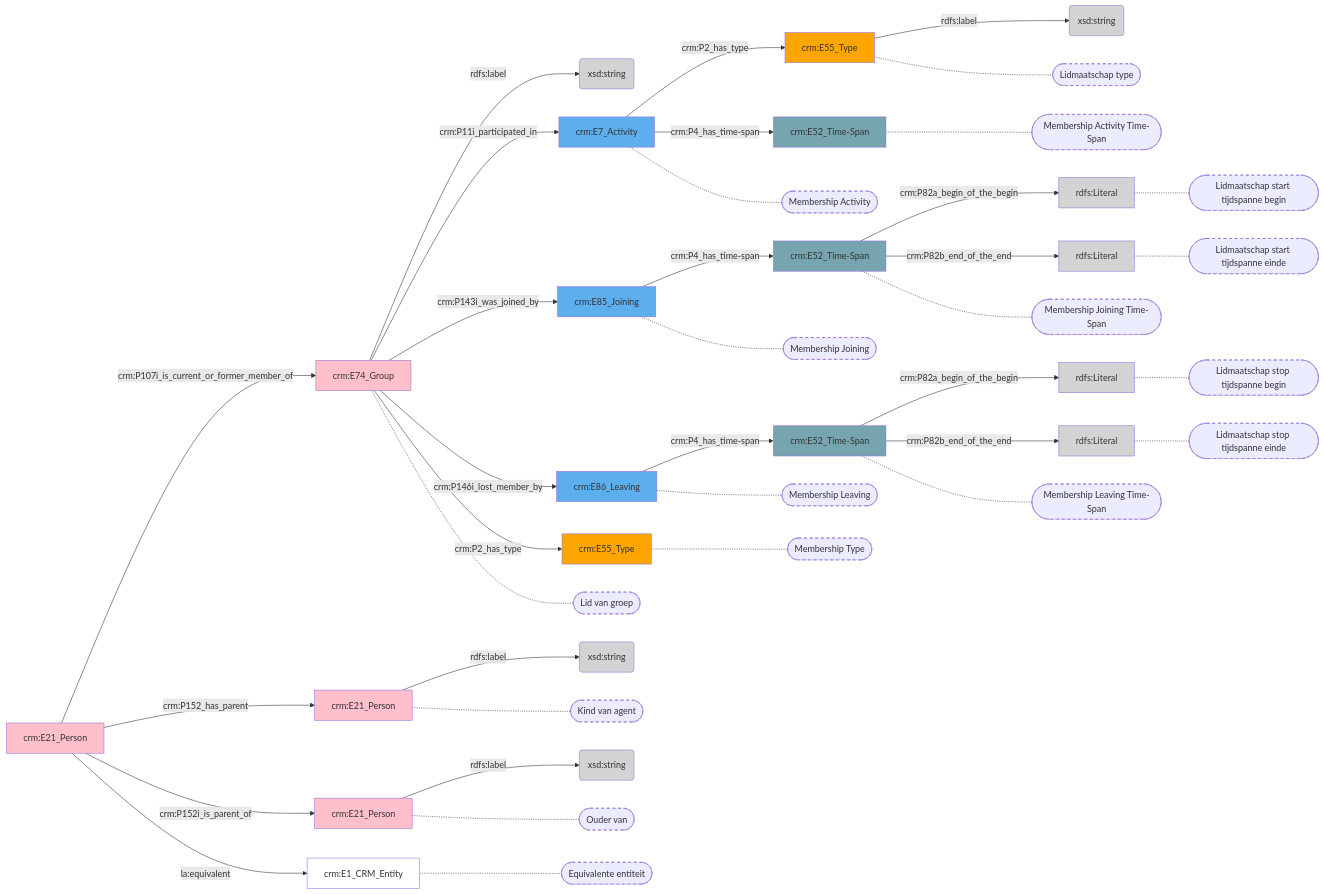
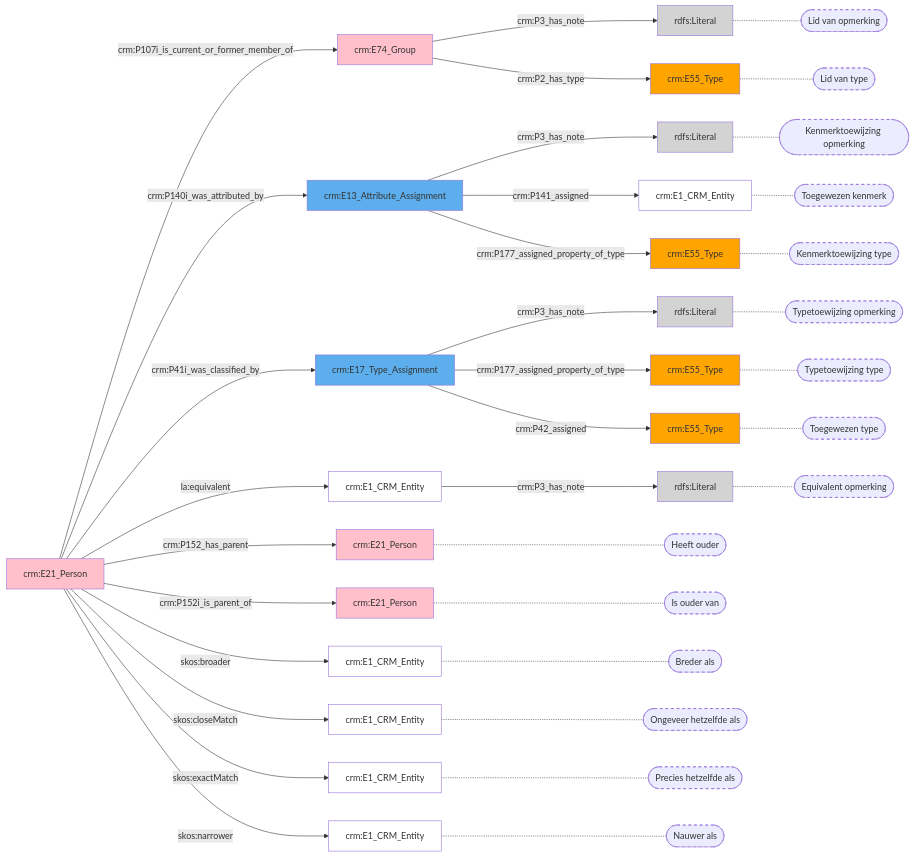
One commit to digipolisantwerpdocumentation/antwerp-cultureel-erfgoed changed the diagram in docs/content/modellen/Person/Verwijzingen.md. Above: the diagram before and after it, drawn with Mermaid. The commit also changed 170 other files, not shown here.

````diff
--- a/docs/content/modellen/Person/Verwijzingen.md
+++ b/docs/content/modellen/Person/Verwijzingen.md
@@ -1,76 +1,72 @@
 ```mermaid
 graph LR
-0d9cfaca-e37c-11ed-9064-00163e71351b["crm:E21_Person"]-->|"rdfs:label"|0d9d4be2-e37c-11ed-9064-00163e71351b(xsd:string)
-0d9d05d8-e37c-11ed-9064-00163e71351b["crm:E74_Group"]-->|"rdfs:label"|0d9d3ed6-e37c-11ed-9064-00163e71351b(xsd:string)
-0d9d0984-e37c-11ed-9064-00163e71351b["crm:E21_Person"]-->|"rdfs:label"|0d9d1f96-e37c-11ed-9064-00163e71351b(xsd:string)
-15d1ad32-57a1-11ee-b0c4-00163e71351b["crm:E52_Time-Span"]-->|"crm:P82a_begin_of_the_begin"|2a3071ae-57a2-11ee-bc5c-00163e71351b(rdfs:Literal)
-15d1ad32-57a1-11ee-b0c4-00163e71351b["crm:E52_Time-Span"]-->|"crm:P82b_end_of_the_end"|4730bcc8-57a2-11ee-974d-00163e71351b(rdfs:Literal)
-348369c6-ea70-11ed-a1e6-00163e71351b["crm:E52_Time-Span"]-->|"crm:P82a_begin_of_the_begin"|38c4fbdc-57a1-11ee-974d-00163e71351b(rdfs:Literal)
-348369c6-ea70-11ed-a1e6-00163e71351b["crm:E52_Time-Span"]-->|"crm:P82b_end_of_the_end"|67722874-57a1-11ee-bc5c-00163e71351b(rdfs:Literal)
-c22ec692-e9a5-11ed-9655-00163e71351b["crm:E55_Type"]-->|"rdfs:label"|07fc5d7e-e9a6-11ed-9655-00163e71351b(xsd:string)
-0911bc54-e438-11ed-a1e6-00163e71351b["crm:E85_Joining"]-->|"crm:P4_has_time-span"|15d1ad32-57a1-11ee-b0c4-00163e71351b["crm:E52_Time-Span"]
-0d9d05d8-e37c-11ed-9064-00163e71351b["crm:E74_Group"]-->|"crm:P11i_participated_in"|cba2f8ae-e9a2-11ed-9064-00163e71351b["crm:E7_Activity"]
-0d9d05d8-e37c-11ed-9064-00163e71351b["crm:E74_Group"]-->|"crm:P143i_was_joined_by"|0911bc54-e438-11ed-a1e6-00163e71351b["crm:E85_Joining"]
-0d9d05d8-e37c-11ed-9064-00163e71351b["crm:E74_Group"]-->|"crm:P146i_lost_member_by"|5f145dfa-e9a1-11ed-a1e6-00163e71351b["crm:E86_Leaving"]
-0d9d05d8-e37c-11ed-9064-00163e71351b["crm:E74_Group"]-->|"crm:P2_has_type"|0a82e242-e9a2-11ed-9232-00163e71351b["crm:E55_Type"]
-0d9d4cb4-e37c-11ed-9064-00163e71351b["crm:E21_Person"]-->|"crm:P107i_is_current_or_former_member_of"|0d9d05d8-e37c-11ed-9064-00163e71351b["crm:E74_Group"]
-0d9d4cb4-e37c-11ed-9064-00163e71351b["crm:E21_Person"]-->|"crm:P152_has_parent"|0d9cfaca-e37c-11ed-9064-00163e71351b["crm:E21_Person"]
-0d9d4cb4-e37c-11ed-9064-00163e71351b["crm:E21_Person"]-->|"crm:P152i_is_parent_of"|0d9d0984-e37c-11ed-9064-00163e71351b["crm:E21_Person"]
-0d9d4cb4-e37c-11ed-9064-00163e71351b["crm:E21_Person"]-->|"la:equivalent"|0d9ce3fa-e37c-11ed-9064-00163e71351b["crm:E1_CRM_Entity"]
-5f145dfa-e9a1-11ed-a1e6-00163e71351b["crm:E86_Leaving"]-->|"crm:P4_has_time-span"|348369c6-ea70-11ed-a1e6-00163e71351b["crm:E52_Time-Span"]
-cba2f8ae-e9a2-11ed-9064-00163e71351b["crm:E7_Activity"]-->|"crm:P2_has_type"|c22ec692-e9a5-11ed-9655-00163e71351b["crm:E55_Type"]
-cba2f8ae-e9a2-11ed-9064-00163e71351b["crm:E7_Activity"]-->|"crm:P4_has_time-span"|0fb2af62-ea70-11ed-9232-00163e71351b["crm:E52_Time-Span"]
-15d1ad32-57a1-11ee-b0c4-00163e71351b["crm:E52_Time-Span"]-.-15d1ad32-57a1-11ee-b0c4-00163e71351b_s(["Membership Joining Time-Span"])
-cba2f8ae-e9a2-11ed-9064-00163e71351b["crm:E7_Activity"]-.-cba2f8ae-e9a2-11ed-9064-00163e71351b_s(["Membership Activity"])
-0911bc54-e438-11ed-a1e6-00163e71351b["crm:E85_Joining"]-.-0911bc54-e438-11ed-a1e6-00163e71351b_s(["Membership Joining"])
-5f145dfa-e9a1-11ed-a1e6-00163e71351b["crm:E86_Leaving"]-.-5f145dfa-e9a1-11ed-a1e6-00163e71351b_s(["Membership Leaving"])
-0a82e242-e9a2-11ed-9232-00163e71351b["crm:E55_Type"]-.-0a82e242-e9a2-11ed-9232-00163e71351b_s(["Membership Type"])
-0d9d05d8-e37c-11ed-9064-00163e71351b["crm:E74_Group"]-.-0d9d05d8-e37c-11ed-9064-00163e71351b_s(["Lid van groep"])
-0d9cfaca-e37c-11ed-9064-00163e71351b["crm:E21_Person"]-.-0d9cfaca-e37c-11ed-9064-00163e71351b_s(["Kind van agent"])
-0d9d0984-e37c-11ed-9064-00163e71351b["crm:E21_Person"]-.-0d9d0984-e37c-11ed-9064-00163e71351b_s(["Ouder van"])
-0d9ce3fa-e37c-11ed-9064-00163e71351b["crm:E1_CRM_Entity"]-.-0d9ce3fa-e37c-11ed-9064-00163e71351b_s(["Equivalente entiteit"])
-2a3071ae-57a2-11ee-bc5c-00163e71351b["rdfs:Literal"]-.-2a3071ae-57a2-11ee-bc5c-00163e71351b_s(["Lidmaatschap start tijdspanne begin"])
-4730bcc8-57a2-11ee-974d-00163e71351b["rdfs:Literal"]-.-4730bcc8-57a2-11ee-974d-00163e71351b_s(["Lidmaatschap start tijdspanne einde"])
-38c4fbdc-57a1-11ee-974d-00163e71351b["rdfs:Literal"]-.-38c4fbdc-57a1-11ee-974d-00163e71351b_s(["Lidmaatschap stop tijdspanne begin"])
-67722874-57a1-11ee-bc5c-00163e71351b["rdfs:Literal"]-.-67722874-57a1-11ee-bc5c-00163e71351b_s(["Lidmaatschap stop tijdspanne einde"])
-348369c6-ea70-11ed-a1e6-00163e71351b["crm:E52_Time-Span"]-.-348369c6-ea70-11ed-a1e6-00163e71351b_s(["Membership Leaving Time-Span"])
-c22ec692-e9a5-11ed-9655-00163e71351b["crm:E55_Type"]-.-c22ec692-e9a5-11ed-9655-00163e71351b_s(["Lidmaatschap type"])
-0fb2af62-ea70-11ed-9232-00163e71351b["crm:E52_Time-Span"]-.-0fb2af62-ea70-11ed-9232-00163e71351b_s(["Membership Activity Time-Span"])
-style 15d1ad32-57a1-11ee-b0c4-00163e71351b_s stroke-dasharray: 5
-style cba2f8ae-e9a2-11ed-9064-00163e71351b_s stroke-dasharray: 5
-style 0911bc54-e438-11ed-a1e6-00163e71351b_s stroke-dasharray: 5
-style 5f145dfa-e9a1-11ed-a1e6-00163e71351b_s stroke-dasharray: 5
-style 0a82e242-e9a2-11ed-9232-00163e71351b_s stroke-dasharray: 5
-style 0d9d05d8-e37c-11ed-9064-00163e71351b_s stroke-dasharray: 5
-style 0d9cfaca-e37c-11ed-9064-00163e71351b_s stroke-dasharray: 5
-style 0d9d0984-e37c-11ed-9064-00163e71351b_s stroke-dasharray: 5
-style 0d9ce3fa-e37c-11ed-9064-00163e71351b_s stroke-dasharray: 5
-style 2a3071ae-57a2-11ee-bc5c-00163e71351b_s stroke-dasharray: 5
-style 4730bcc8-57a2-11ee-974d-00163e71351b_s stroke-dasharray: 5
-style 38c4fbdc-57a1-11ee-974d-00163e71351b_s stroke-dasharray: 5
-style 67722874-57a1-11ee-bc5c-00163e71351b_s stroke-dasharray: 5
-style 348369c6-ea70-11ed-a1e6-00163e71351b_s stroke-dasharray: 5
-style c22ec692-e9a5-11ed-9655-00163e71351b_s stroke-dasharray: 5
-style 0fb2af62-ea70-11ed-9232-00163e71351b_s stroke-dasharray: 5
-style 07fc5d7e-e9a6-11ed-9655-00163e71351b fill:#D3D3D3
-style 0911bc54-e438-11ed-a1e6-00163e71351b fill:#5DAEEC
+style 04c16994-14ef-11ef-9bd2-960002548b4f fill:#D3D3D3
 style 0a82e242-e9a2-11ed-9232-00163e71351b fill:#ffa500
 style 0d9ce3fa-e37c-11ed-9064-00163e71351b fill:#ffffff
 style 0d9cfaca-e37c-11ed-9064-00163e71351b fill:#ffc0cb
 style 0d9d05d8-e37c-11ed-9064-00163e71351b fill:#ffc0cb
 style 0d9d0984-e37c-11ed-9064-00163e71351b fill:#ffc0cb
-style 0d9d1f96-e37c-11ed-9064-00163e71351b fill:#D3D3D3
-style 0d9d3ed6-e37c-11ed-9064-00163e71351b fill:#D3D3D3
-style 0d9d4be2-e37c-11ed-9064-00163e71351b fill:#D3D3D3
 style 0d9d4cb4-e37c-11ed-9064-00163e71351b fill:#ffc0cb
-style 0fb2af62-ea70-11ed-9232-00163e71351b fill:#76A5AF
-style 15d1ad32-57a1-11ee-b0c4-00163e71351b fill:#76A5AF
-style 2a3071ae-57a2-11ee-bc5c-00163e71351b fill:#D3D3D3
-style 348369c6-ea70-11ed-a1e6-00163e71351b fill:#76A5AF
-style 38c4fbdc-57a1-11ee-974d-00163e71351b fill:#D3D3D3
-style 4730bcc8-57a2-11ee-974d-00163e71351b fill:#D3D3D3
-style 5f145dfa-e9a1-11ed-a1e6-00163e71351b fill:#5DAEEC
-style 67722874-57a1-11ee-bc5c-00163e71351b fill:#D3D3D3
-style c22ec692-e9a5-11ed-9655-00163e71351b fill:#ffa500
-style cba2f8ae-e9a2-11ed-9064-00163e71351b fill:#5DAEEC
+style 21700ecb-1d03-11ef-8d88-960002548b4f fill:#5DAEEC
+style 217010ea-1d03-11ef-be3c-960002548b4f fill:#D3D3D3
+style 2170122e-1d03-11ef-98a2-960002548b4f fill:#ffa500
+style 217012b4-1d03-11ef-9e4a-960002548b4f fill:#ffffff
+style 81f0fa1a-1db1-11ef-87b0-960002548b4f fill:#ffffff
+style 8451385f-14ea-11ef-970d-960002548b4f fill:#D3D3D3
+style 906450b0-1db1-11ef-991d-960002548b4f fill:#ffffff
+style 9f0883d6-181e-11ef-9a70-960002548b4f fill:#5DAEEC
+style 9f08861f-181e-11ef-a162-960002548b4f fill:#ffa500
+style 9f0886eb-181e-11ef-b796-960002548b4f fill:#ffa500
+style 9f088851-181e-11ef-a70f-960002548b4f fill:#D3D3D3
+style a6201089-1db1-11ef-a48b-960002548b4f fill:#ffffff
+style b1d6161a-1db1-11ef-a6ee-960002548b4f fill:#ffffff
+0d9ce3fa-e37c-11ed-9064-00163e71351b["crm:E1_CRM_Entity"]-->|"crm:P3_has_note"|04c16994-14ef-11ef-9bd2-960002548b4f(rdfs:Literal)
+0d9d05d8-e37c-11ed-9064-00163e71351b["crm:E74_Group"]-->|"crm:P3_has_note"|8451385f-14ea-11ef-970d-960002548b4f(rdfs:Literal)
+21700ecb-1d03-11ef-8d88-960002548b4f["crm:E13_Attribute_Assignment"]-->|"crm:P3_has_note"|217010ea-1d03-11ef-be3c-960002548b4f(rdfs:Literal)
+9f0883d6-181e-11ef-9a70-960002548b4f["crm:E17_Type_Assignment"]-->|"crm:P3_has_note"|9f088851-181e-11ef-a70f-960002548b4f(rdfs:Literal)
+style 04c16994-14ef-11ef-9bd2-960002548b4f_s stroke-dasharray: 5
+style 0a82e242-e9a2-11ed-9232-00163e71351b_s stroke-dasharray: 5
+style 8451385f-14ea-11ef-970d-960002548b4f_s stroke-dasharray: 5
+style 0d9cfaca-e37c-11ed-9064-00163e71351b_s stroke-dasharray: 5
+style 0d9d0984-e37c-11ed-9064-00163e71351b_s stroke-dasharray: 5
+style 81f0fa1a-1db1-11ef-87b0-960002548b4f_s stroke-dasharray: 5
+style 906450b0-1db1-11ef-991d-960002548b4f_s stroke-dasharray: 5
+style a6201089-1db1-11ef-a48b-960002548b4f_s stroke-dasharray: 5
+style b1d6161a-1db1-11ef-a6ee-960002548b4f_s stroke-dasharray: 5
+style 217012b4-1d03-11ef-9e4a-960002548b4f_s stroke-dasharray: 5
+style 2170122e-1d03-11ef-98a2-960002548b4f_s stroke-dasharray: 5
+style 217010ea-1d03-11ef-be3c-960002548b4f_s stroke-dasharray: 5
+style 9f08861f-181e-11ef-a162-960002548b4f_s stroke-dasharray: 5
+style 9f088851-181e-11ef-a70f-960002548b4f_s stroke-dasharray: 5
+style 9f0886eb-181e-11ef-b796-960002548b4f_s stroke-dasharray: 5
+04c16994-14ef-11ef-9bd2-960002548b4f["rdfs:Literal"]-.-04c16994-14ef-11ef-9bd2-960002548b4f_s(["Equivalent opmerking"])
+0a82e242-e9a2-11ed-9232-00163e71351b["crm:E55_Type"]-.-0a82e242-e9a2-11ed-9232-00163e71351b_s(["Lid van type"])
+8451385f-14ea-11ef-970d-960002548b4f["rdfs:Literal"]-.-8451385f-14ea-11ef-970d-960002548b4f_s(["Lid van opmerking"])
+0d9cfaca-e37c-11ed-9064-00163e71351b["crm:E21_Person"]-.-0d9cfaca-e37c-11ed-9064-00163e71351b_s(["Heeft ouder"])
+0d9d0984-e37c-11ed-9064-00163e71351b["crm:E21_Person"]-.-0d9d0984-e37c-11ed-9064-00163e71351b_s(["Is ouder van"])
+81f0fa1a-1db1-11ef-87b0-960002548b4f["crm:E1_CRM_Entity"]-.-81f0fa1a-1db1-11ef-87b0-960002548b4f_s(["Breder als"])
+906450b0-1db1-11ef-991d-960002548b4f["crm:E1_CRM_Entity"]-.-906450b0-1db1-11ef-991d-960002548b4f_s(["Ongeveer hetzelfde als"])
+a6201089-1db1-11ef-a48b-960002548b4f["crm:E1_CRM_Entity"]-.-a6201089-1db1-11ef-a48b-960002548b4f_s(["Precies hetzelfde als"])
+b1d6161a-1db1-11ef-a6ee-960002548b4f["crm:E1_CRM_Entity"]-.-b1d6161a-1db1-11ef-a6ee-960002548b4f_s(["Nauwer als"])
+217012b4-1d03-11ef-9e4a-960002548b4f["crm:E1_CRM_Entity"]-.-217012b4-1d03-11ef-9e4a-960002548b4f_s(["Toegewezen kenmerk"])
+2170122e-1d03-11ef-98a2-960002548b4f["crm:E55_Type"]-.-2170122e-1d03-11ef-98a2-960002548b4f_s(["Kenmerktoewijzing type"])
+217010ea-1d03-11ef-be3c-960002548b4f["rdfs:Literal"]-.-217010ea-1d03-11ef-be3c-960002548b4f_s(["Kenmerktoewijzing opmerking"])
+9f08861f-181e-11ef-a162-960002548b4f["crm:E55_Type"]-.-9f08861f-181e-11ef-a162-960002548b4f_s(["Typetoewijzing type"])
+9f088851-181e-11ef-a70f-960002548b4f["rdfs:Literal"]-.-9f088851-181e-11ef-a70f-960002548b4f_s(["Typetoewijzing opmerking"])
+9f0886eb-181e-11ef-b796-960002548b4f["crm:E55_Type"]-.-9f0886eb-181e-11ef-b796-960002548b4f_s(["Toegewezen type"])
+0d9d05d8-e37c-11ed-9064-00163e71351b["crm:E74_Group"]-->|"crm:P2_has_type"|0a82e242-e9a2-11ed-9232-00163e71351b["crm:E55_Type"]
+0d9d4cb4-e37c-11ed-9064-00163e71351b["crm:E21_Person"]-->|"crm:P107i_is_current_or_former_member_of"|0d9d05d8-e37c-11ed-9064-00163e71351b["crm:E74_Group"]
+0d9d4cb4-e37c-11ed-9064-00163e71351b["crm:E21_Person"]-->|"crm:P140i_was_attributed_by"|21700ecb-1d03-11ef-8d88-960002548b4f["crm:E13_Attribute_Assignment"]
+0d9d4cb4-e37c-11ed-9064-00163e71351b["crm:E21_Person"]-->|"crm:P152_has_parent"|0d9cfaca-e37c-11ed-9064-00163e71351b["crm:E21_Person"]
+0d9d4cb4-e37c-11ed-9064-00163e71351b["crm:E21_Person"]-->|"crm:P152i_is_parent_of"|0d9d0984-e37c-11ed-9064-00163e71351b["crm:E21_Person"]
+0d9d4cb4-e37c-11ed-9064-00163e71351b["crm:E21_Person"]-->|"crm:P41i_was_classified_by"|9f0883d6-181e-11ef-9a70-960002548b4f["crm:E17_Type_Assignment"]
+0d9d4cb4-e37c-11ed-9064-00163e71351b["crm:E21_Person"]-->|"skos:broader"|81f0fa1a-1db1-11ef-87b0-960002548b4f["crm:E1_CRM_Entity"]
+0d9d4cb4-e37c-11ed-9064-00163e71351b["crm:E21_Person"]-->|"skos:closeMatch"|906450b0-1db1-11ef-991d-960002548b4f["crm:E1_CRM_Entity"]
+0d9d4cb4-e37c-11ed-9064-00163e71351b["crm:E21_Person"]-->|"skos:exactMatch"|a6201089-1db1-11ef-a48b-960002548b4f["crm:E1_CRM_Entity"]
+0d9d4cb4-e37c-11ed-9064-00163e71351b["crm:E21_Person"]-->|"skos:narrower"|b1d6161a-1db1-11ef-a6ee-960002548b4f["crm:E1_CRM_Entity"]
+0d9d4cb4-e37c-11ed-9064-00163e71351b["crm:E21_Person"]-->|"la:equivalent"|0d9ce3fa-e37c-11ed-9064-00163e71351b["crm:E1_CRM_Entity"]
+21700ecb-1d03-11ef-8d88-960002548b4f["crm:E13_Attribute_Assignment"]-->|"crm:P141_assigned"|217012b4-1d03-11ef-9e4a-960002548b4f["crm:E1_CRM_Entity"]
+21700ecb-1d03-11ef-8d88-960002548b4f["crm:E13_Attribute_Assignment"]-->|"crm:P177_assigned_property_of_type"|2170122e-1d03-11ef-98a2-960002548b4f["crm:E55_Type"]
+9f0883d6-181e-11ef-9a70-960002548b4f["crm:E17_Type_Assignment"]-->|"crm:P177_assigned_property_of_type"|9f08861f-181e-11ef-a162-960002548b4f["crm:E55_Type"]
+9f0883d6-181e-11ef-9a70-960002548b4f["crm:E17_Type_Assignment"]-->|"crm:P42_assigned"|9f0886eb-181e-11ef-b796-960002548b4f["crm:E55_Type"]
 ```
````
